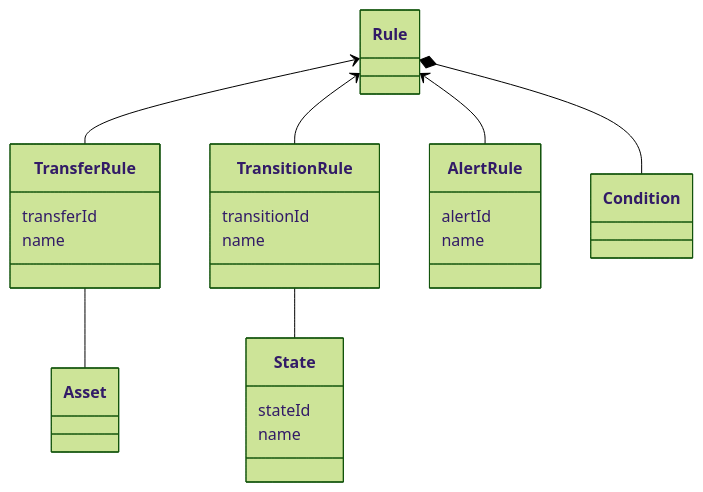
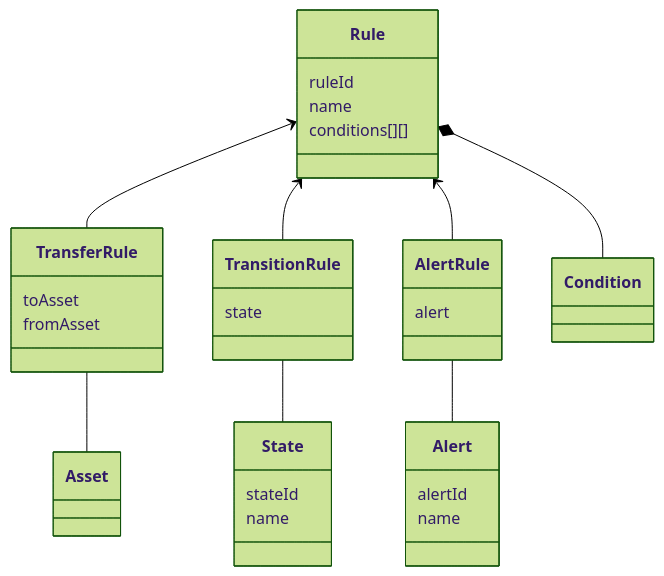
Before and after one commit to hmzk0312/FinancesDSL: the third of 7 diagrams in README.md, drawn with Mermaid (forest theme). The commit also changed other lines of this file, not shown here.

````diff
--- a/README.md
+++ b/README.md
@@ -94,29 +96,39 @@
 ```mermaid
 classDiagram
     Rule <-- TransferRule
     Rule <-- TransitionRule
     Rule <-- AlertRule
     Rule *-- Condition
     TransferRule -- Asset
     TransitionRule -- State
+    AlertRule -- Alert
+
+class Rule{
+    ruleId
+    name
+    conditions[][]
+}
 
 class TransferRule{
-    transferId
-    name
+    toAsset
+    fromAsset
 }
 
 class TransitionRule{
-    transitionId
-    name
+    state
 }
 
 class AlertRule{
-    alertId
-    name
+    alert
 }
 
 class State{
     stateId
     name
 }
+
+class Alert{
+    alertId
+    name
+}
 ```
````
